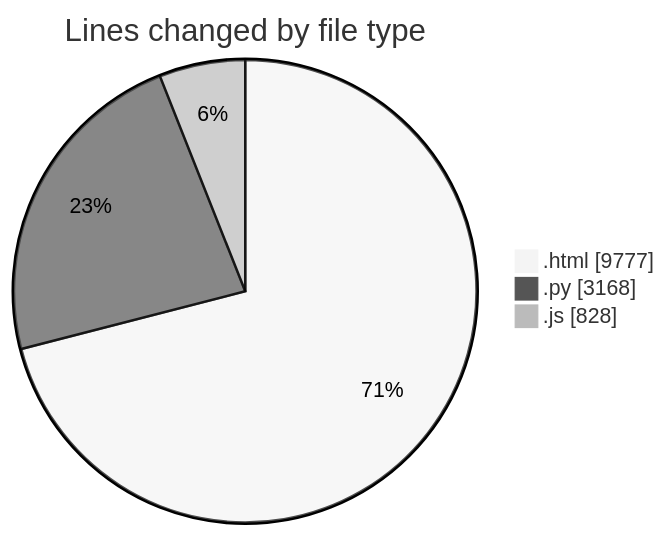
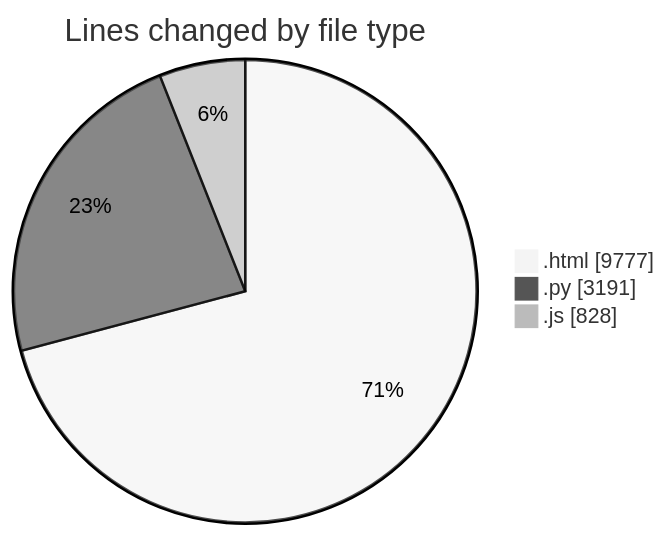
The first of 2 diagrams in 2026-07-12/untitled__workspace_/README.md (shibass792/code-tracking), drawn with Mermaid (neutral theme) before and after one commit. The commit also changed other lines of this file and 1 other file, not shown here.

````diff
--- a/2026-07-12/untitled__workspace_/README.md
+++ b/2026-07-12/untitled__workspace_/README.md
@@ -27,7 +28,7 @@
 ```mermaid
 pie showData
 title Lines changed by file type
 ".html" : 9777
-".py" : 3168
+".py" : 3191
 ".js" : 828
 ```
````
